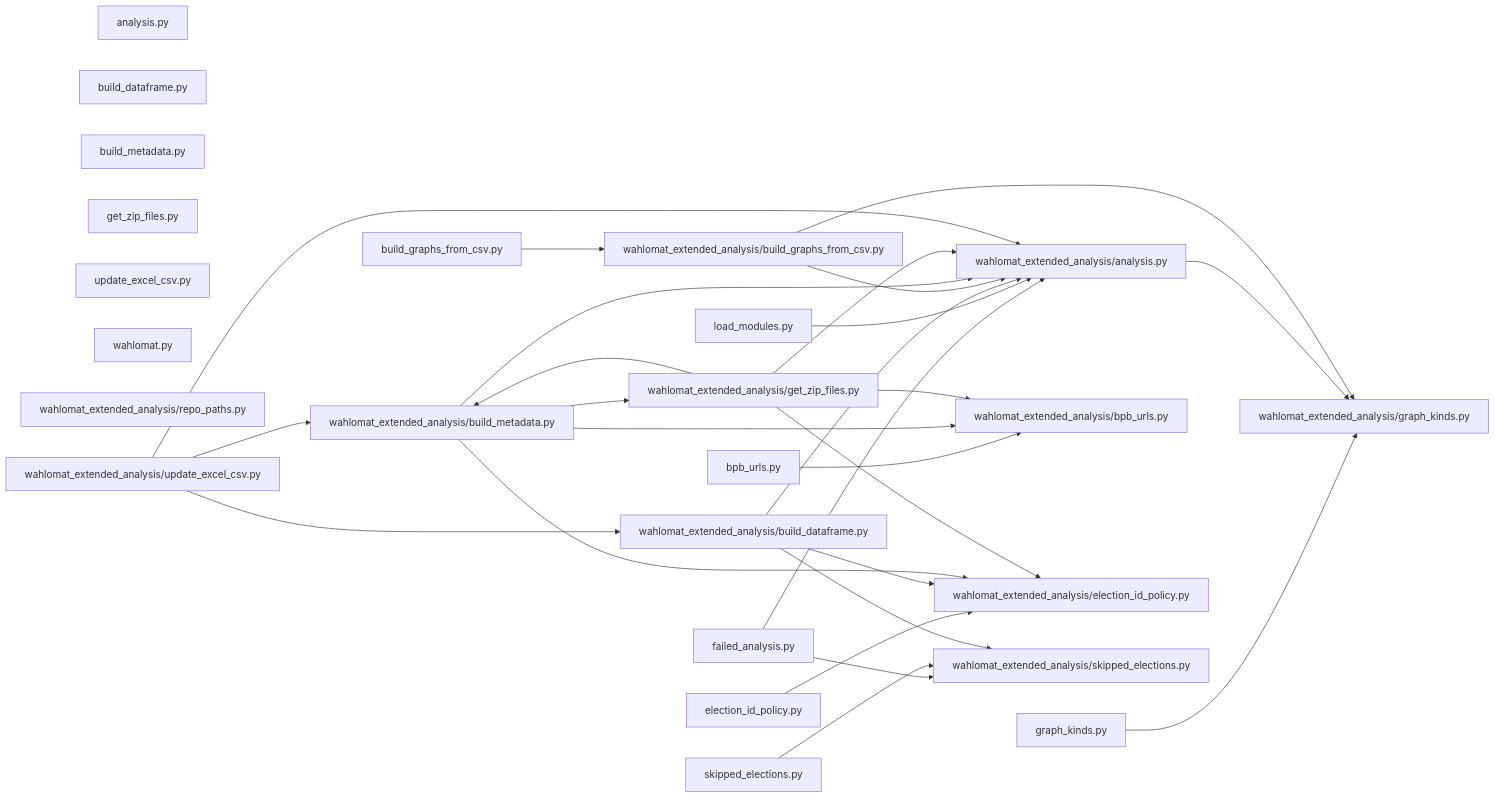
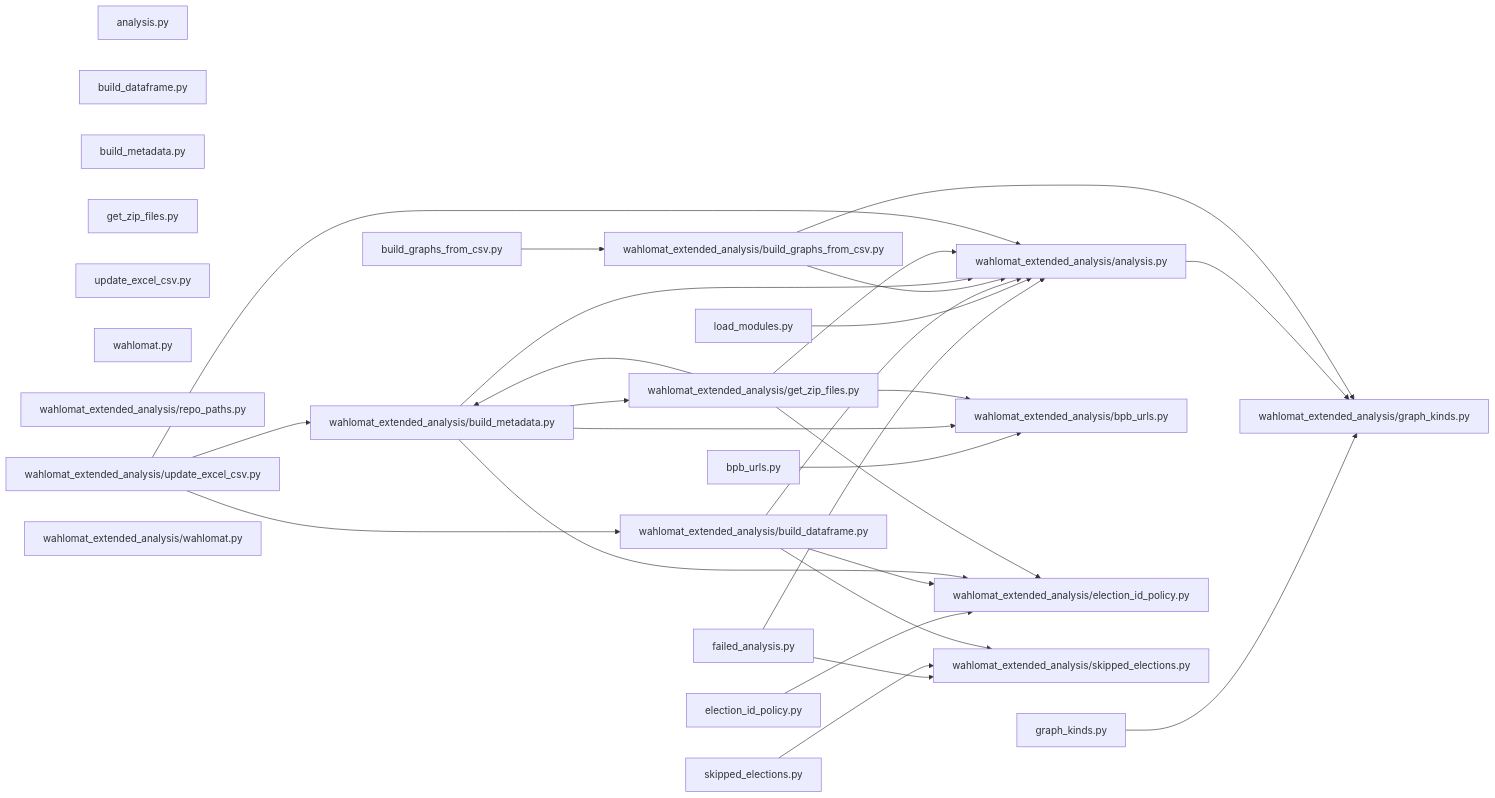
One commit to skbormann/wahlomat-extended-analysis changed the second of 2 diagrams in docs/ARCHITECTURE.md. Above: the diagram before and after it, drawn with Mermaid. The commit also changed 2 other files, not shown here.

Commit message:
Move wahlomat CLI implementation into package.
Keep the root wahlomat.py as a thin wrapper that aliases to the packaged module, and refresh the generated architecture graph.

Made-with: Cursor

````diff
--- a/docs/ARCHITECTURE.md
+++ b/docs/ARCHITECTURE.md
@@ -57,52 +57,53 @@
 ```mermaid
 flowchart LR
   m_analysis["analysis.py"]
   m_bpb_urls["bpb_urls.py"]
   m_build_dataframe["build_dataframe.py"]
   m_build_graphs_from_csv["build_graphs_from_csv.py"]
   m_build_metadata["build_metadata.py"]
   m_election_id_policy["election_id_policy.py"]
   m_failed_analysis["failed_analysis.py"]
   m_get_zip_files["get_zip_files.py"]
   m_graph_kinds["graph_kinds.py"]
   m_load_modules["load_modules.py"]
   m_skipped_elections["skipped_elections.py"]
   m_update_excel_csv["update_excel_csv.py"]
   m_wahlomat["wahlomat.py"]
   m_wahlomat_extended_analysis_analysis["wahlomat_extended_analysis/analysis.py"]
   m_wahlomat_extended_analysis_bpb_urls["wahlomat_extended_analysis/bpb_urls.py"]
   m_wahlomat_extended_analysis_build_dataframe["wahlomat_extended_analysis/build_dataframe.py"]
   m_wahlomat_extended_analysis_build_graphs_from_csv["wahlomat_extended_analysis/build_graphs_from_csv.py"]
   m_wahlomat_extended_analysis_build_metadata["wahlomat_extended_analysis/build_metadata.py"]
   m_wahlomat_extended_analysis_election_id_policy["wahlomat_extended_analysis/election_id_policy.py"]
   m_wahlomat_extended_analysis_get_zip_files["wahlomat_extended_analysis/get_zip_files.py"]
   m_wahlomat_extended_analysis_graph_kinds["wahlomat_extended_analysis/graph_kinds.py"]
   m_wahlomat_extended_analysis_repo_paths["wahlomat_extended_analysis/repo_paths.py"]
   m_wahlomat_extended_analysis_skipped_elections["wahlomat_extended_analysis/skipped_elections.py"]
   m_wahlomat_extended_analysis_update_excel_csv["wahlomat_extended_analysis/update_excel_csv.py"]
+  m_wahlomat_extended_analysis_wahlomat["wahlomat_extended_analysis/wahlomat.py"]
   m_bpb_urls --> m_wahlomat_extended_analysis_bpb_urls
   m_build_graphs_from_csv --> m_wahlomat_extended_analysis_build_graphs_from_csv
   m_election_id_policy --> m_wahlomat_extended_analysis_election_id_policy
   m_failed_analysis --> m_wahlomat_extended_analysis_analysis
   m_failed_analysis --> m_wahlomat_extended_analysis_skipped_elections
   m_graph_kinds --> m_wahlomat_extended_analysis_graph_kinds
   m_load_modules --> m_wahlomat_extended_analysis_analysis
   m_skipped_elections --> m_wahlomat_extended_analysis_skipped_elections
   m_wahlomat_extended_analysis_analysis --> m_wahlomat_extended_analysis_graph_kinds
   m_wahlomat_extended_analysis_build_dataframe --> m_wahlomat_extended_analysis_analysis
   m_wahlomat_extended_analysis_build_dataframe --> m_wahlomat_extended_analysis_election_id_policy
   m_wahlomat_extended_analysis_build_dataframe --> m_wahlomat_extended_analysis_skipped_elections
   m_wahlomat_extended_analysis_build_graphs_from_csv --> m_wahlomat_extended_analysis_analysis
   m_wahlomat_extended_analysis_build_graphs_from_csv --> m_wahlomat_extended_analysis_graph_kinds
   m_wahlomat_extended_analysis_build_metadata --> m_wahlomat_extended_analysis_analysis
   m_wahlomat_extended_analysis_build_metadata --> m_wahlomat_extended_analysis_bpb_urls
   m_wahlomat_extended_analysis_build_metadata --> m_wahlomat_extended_analysis_election_id_policy
   m_wahlomat_extended_analysis_build_metadata --> m_wahlomat_extended_analysis_get_zip_files
   m_wahlomat_extended_analysis_get_zip_files --> m_wahlomat_extended_analysis_analysis
   m_wahlomat_extended_analysis_get_zip_files --> m_wahlomat_extended_analysis_bpb_urls
   m_wahlomat_extended_analysis_get_zip_files --> m_wahlomat_extended_analysis_build_metadata
   m_wahlomat_extended_analysis_get_zip_files --> m_wahlomat_extended_analysis_election_id_policy
   m_wahlomat_extended_analysis_update_excel_csv --> m_wahlomat_extended_analysis_analysis
   m_wahlomat_extended_analysis_update_excel_csv --> m_wahlomat_extended_analysis_build_dataframe
   m_wahlomat_extended_analysis_update_excel_csv --> m_wahlomat_extended_analysis_build_metadata
 ```
````
